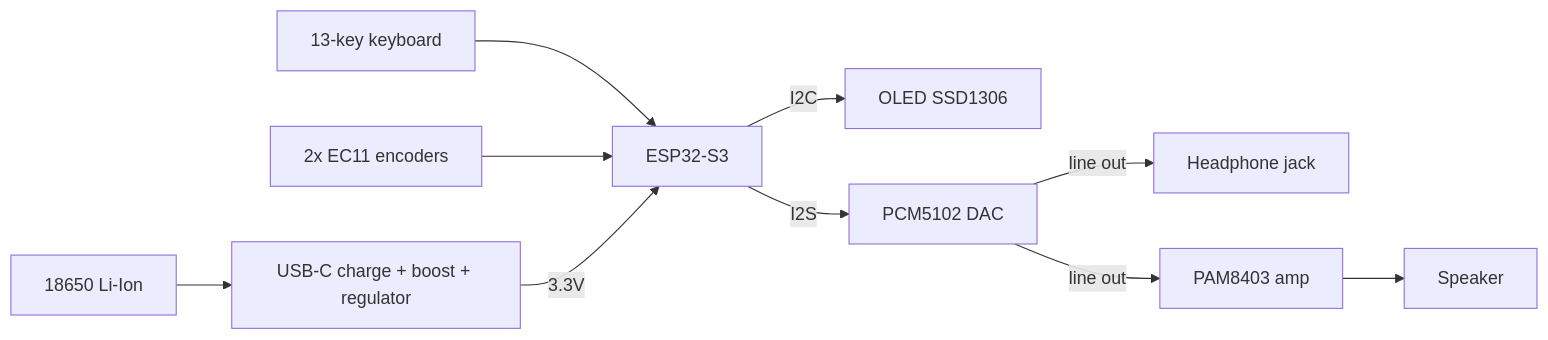
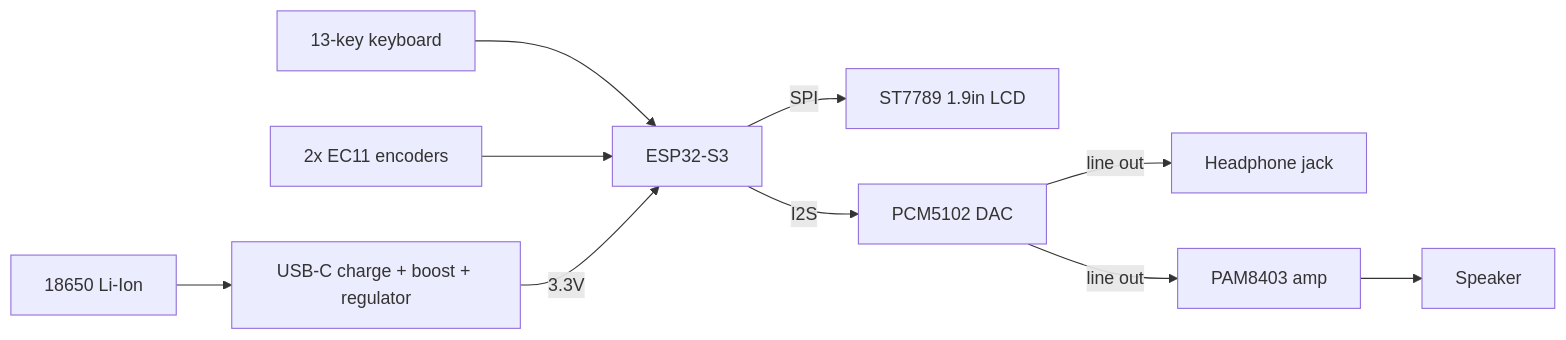
One commit to salazarr-js/pocket-groovebox changed the first of 3 diagrams in docs/hardware.md. Above: the diagram before and after it, drawn with Mermaid. The commit also changed other lines of this file and 14 other files, not shown here.

````diff
--- a/docs/hardware.md
+++ b/docs/hardware.md
@@ -34,12 +19,12 @@
 ```mermaid
 flowchart LR
     KEYS["13-key keyboard"] --> MCU["ESP32-S3"]
     ENC["2x EC11 encoders"] --> MCU
-    MCU -->|I2C| OLED["OLED SSD1306"]
+    MCU -->|SPI| LCD["ST7789 1.9in LCD"]
     MCU -->|I2S| DAC["PCM5102 DAC"]
     DAC -->|line out| HP["Headphone jack"]
     DAC -->|line out| AMP["PAM8403 amp"]
     AMP --> SPK["Speaker"]
     BATT["18650 Li-Ion"] --> PWR["USB-C charge + boost + regulator"]
     PWR -->|3.3V| MCU
 ```
````
